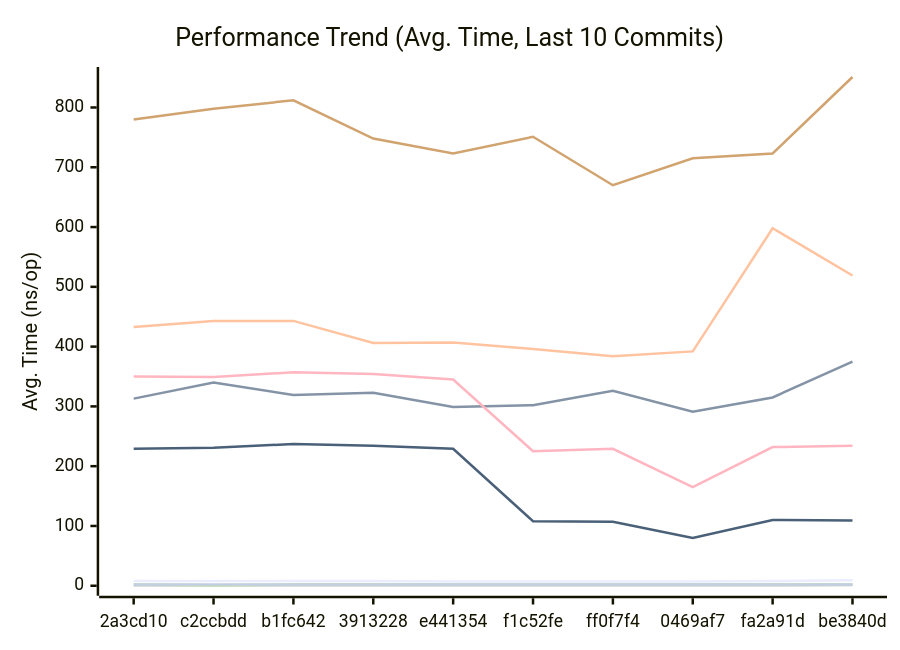
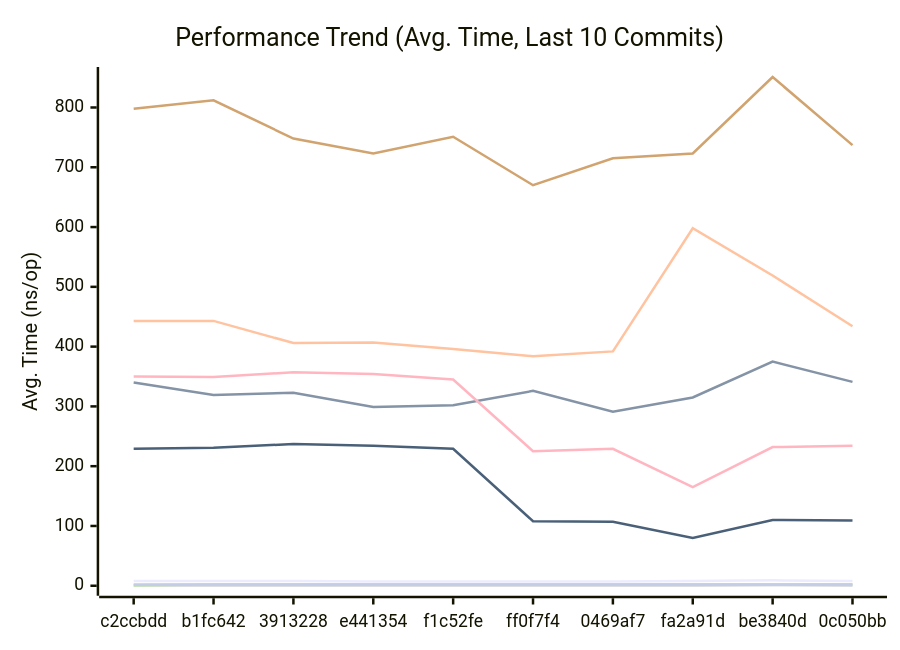
The first of 3 diagrams in docs/PERFORMANCE.md (alsotoes/momo), drawn with Mermaid before and after one commit. The commit also changed other lines of this file and 3 other files, not shown here.

````diff
--- a/docs/PERFORMANCE.md
+++ b/docs/PERFORMANCE.md
@@ -80,16 +80,16 @@
 ```mermaid
 xychart-beta
     title "Performance Trend (Avg. Time, Last 10 Commits)"
     x-axis "Commit"
     y-axis "Avg. Time (ns/op)"
-    x-axis [2a3cd10,c2ccbdd,b1fc642,3913228,e441354,f1c52fe,ff0f7f4,0469af7,fa2a91d,be3840d]
-    line "CheckMetricsAndSwap" [8,8,8,8,7,7,7,7,8,9]
-    line "CrushOptimized" [313,340,319,323,299,302,326,291,315,375]
-    line "CrushOriginal" [433,443,443,406,407,396,384,392,598,519]
-    line "IndexDirectTracking" [0,0,0,0,0,0,0,0,0,1]
-    line "IndexSearch" [2,1,2,2,2,2,2,2,2,2]
-    line "LoadGlobalConfig" [780,798,812,748,723,751,670,715,723,851]
+    x-axis [c2ccbdd,b1fc642,3913228,e441354,f1c52fe,ff0f7f4,0469af7,fa2a91d,be3840d,0c050bb]
+    line "CheckMetricsAndSwap" [8,8,8,7,7,7,7,8,9,8]
+    line "CrushOptimized" [340,319,323,299,302,326,291,315,375,341]
+    line "CrushOriginal" [443,443,406,407,396,384,392,598,519,434]
+    line "IndexDirectTracking" [0,0,0,0,0,0,0,0,1,0]
+    line "IndexSearch" [1,2,2,2,2,2,2,2,2,2]
+    line "LoadGlobalConfig" [798,812,748,723,751,670,715,723,851,737]
     line "PadString" [2,2,2,2,2,2,2,2,2,2]
     line "ParseReplicationOrder_NoPrealloc" [350,349,357,354,345,225,229,165,232,234]
     line "ParseReplicationOrder_Prealloc" [229,231,237,234,229,108,107,80,110,109]
 ```
````
